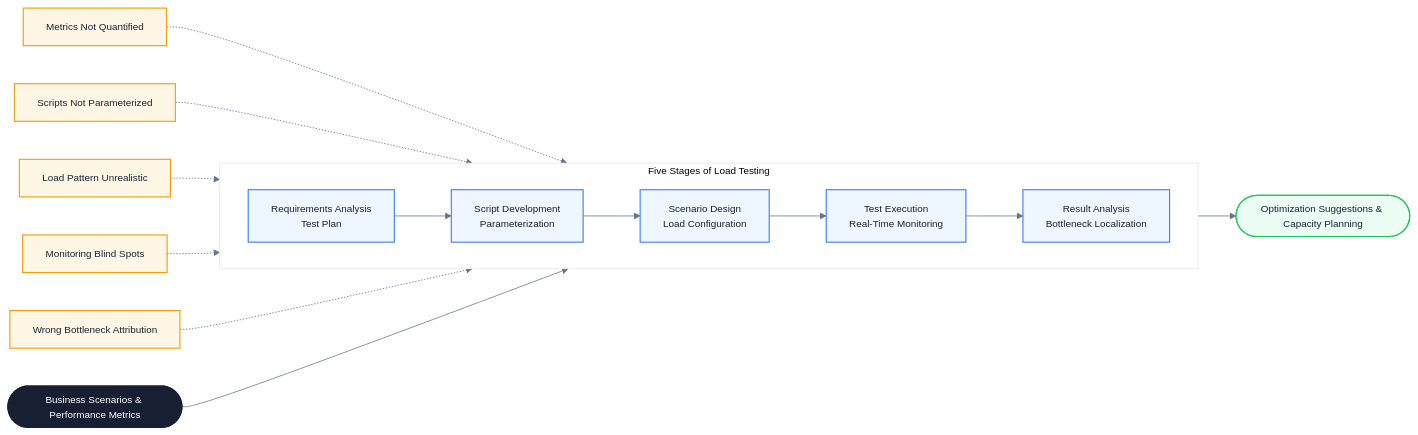
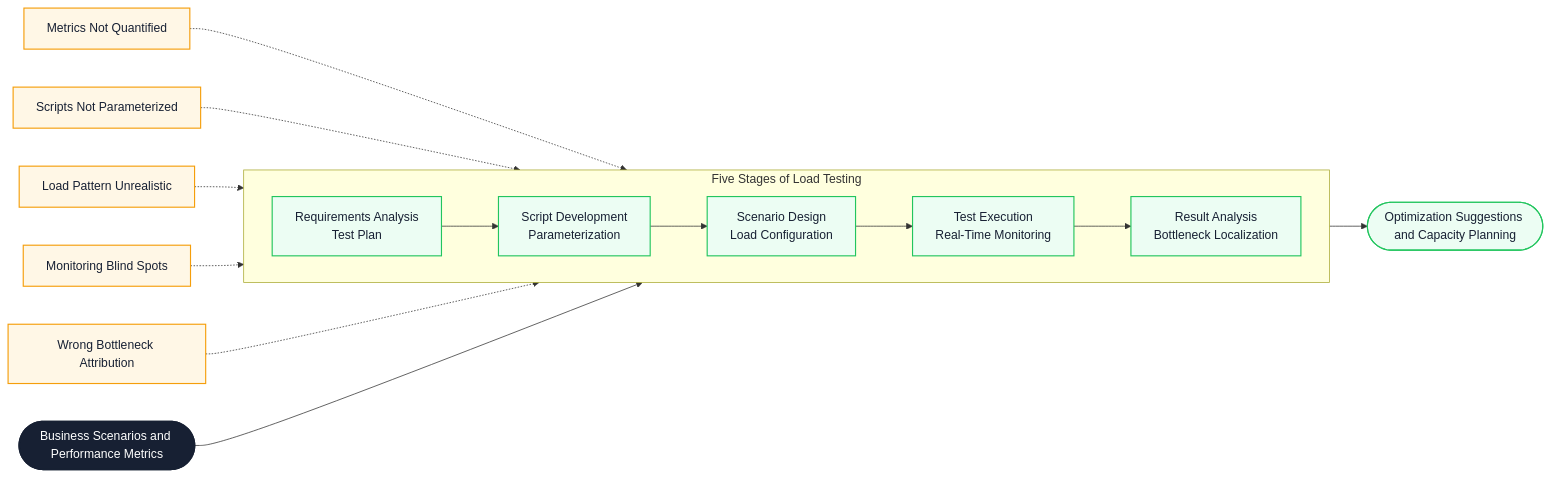
The first of 4 diagrams in docs/en/testing/load-testing-practice.md (Fatejian/frontier-vault), drawn with Mermaid before and after one commit. The commit also changed other lines of this file and 41 other files, not shown here.

````diff
--- a/docs/en/testing/load-testing-practice.md
+++ b/docs/en/testing/load-testing-practice.md
@@ -69,35 +60,32 @@
 ```mermaid
-%%{init: {'theme': 'base', 'themeVariables': { 'fontFamily': 'Inter, PingFang SC, Microsoft YaHei, sans-serif', 'primaryColor': '#F8FAFC', 'primaryTextColor': '#172033', 'primaryBorderColor': '#CBD5E1', 'lineColor': '#64748B', 'fontSize': '13px'}}}%%
 flowchart LR
-    Start(["Business Scenarios & Performance Metrics"])
+    Start(["Business Scenarios and Performance Metrics"])
 
     subgraph Pipeline["Five Stages of Load Testing"]
         direction LR
         S1["Requirements Analysis<br/>Test Plan"]
         S2["Script Development<br/>Parameterization"]
         S3["Scenario Design<br/>Load Configuration"]
         S4["Test Execution<br/>Real-Time Monitoring"]
         S5["Result Analysis<br/>Bottleneck Localization"]
         S1 --> S2 --> S3 --> S4 --> S5
     end
 
-    End(["Optimization Suggestions & Capacity Planning"])
+    End(["Optimization Suggestions and Capacity Planning"])
 
     Start --> Pipeline --> End
 
     P1["Metrics Not Quantified"] -.-> S1
     P2["Scripts Not Parameterized"] -.-> S2
     P3["Load Pattern Unrealistic"] -.-> S3
     P4["Monitoring Blind Spots"] -.-> S4
     P5["Wrong Bottleneck Attribution"] -.-> S5
 
-    classDef start fill:#172033,color:#fff,stroke:#172033,stroke-width:2px;
-    classDef stage fill:#EEF6FF,stroke:#3B82F6,color:#172033,stroke-width:1.5px;
-    classDef pitfall fill:#FFF7E6,stroke:#F59E0B,color:#172033,stroke-width:1.5px;
-    classDef ending fill:#ECFDF3,stroke:#22C55E,color:#172033,stroke-width:1.5px;
+    classDef core fill:#172033,color:#fff,stroke:#172033,stroke-width:2px;
+    classDef work fill:#ECFDF3,stroke:#22C55E,color:#172033,stroke-width:1.5px;
+    classDef block fill:#FFF7E6,stroke:#F59E0B,color:#172033,stroke-width:1.5px;
 
-    class Start start;
-    class S1,S2,S3,S4,S5 stage;
-    class P1,P2,P3,P4,P5 pitfall;
-    class End ending;
+    class Start core;
+    class S1,S2,S3,S4,S5,End work;
+    class P1,P2,P3,P4,P5 block;
 ```
````
